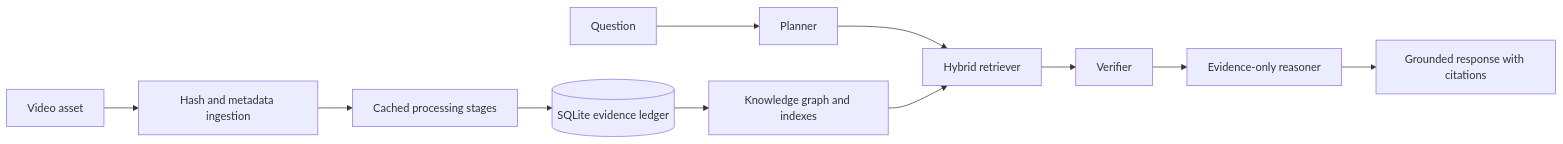
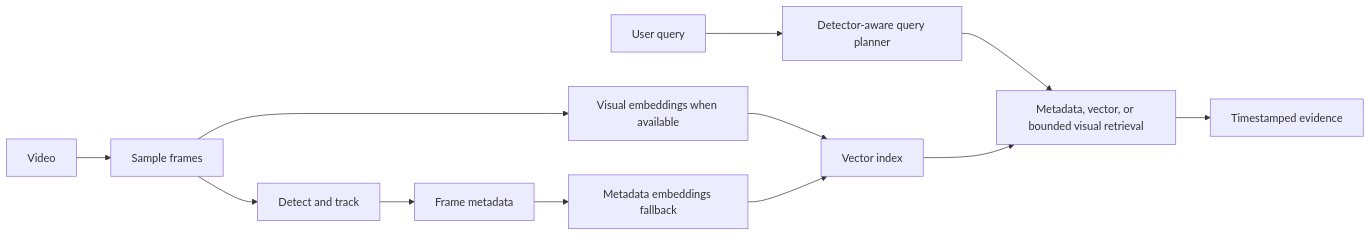
Before and after one commit to priyansupattanaik/visionguard-ai: the diagram in documentation/ARCHITECTURE.md, drawn with Mermaid. The commit also changed other lines of this file and 62 other files, not shown here.

First line of the commit message:
Simplify to single video workflow with detector-aware search.

````diff
--- a/documentation/ARCHITECTURE.md
+++ b/documentation/ARCHITECTURE.md
@@ -5,13 +5,14 @@
 ```mermaid
 flowchart LR
-  V[Video asset] --> I[Hash and metadata ingestion]
-  I --> P[Cached processing stages]
-  P --> E[(SQLite evidence ledger)]
-  E --> K[Knowledge graph and indexes]
-  Q[Question] --> PL[Planner]
-  PL --> R[Hybrid retriever]
-  K --> R
-  R --> VF[Verifier]
-  VF --> RS[Evidence-only reasoner]
-  RS --> A[Grounded response with citations]
+  V[Video] --> S[Sample frames]
+  S --> D[Detect and track]
+  D --> M[Frame metadata]
+  S --> E[Visual embeddings when available]
+  M --> F[Metadata embeddings fallback]
+  E --> I[Vector index]
+  F --> I
+  Q[User query] --> P[Detector-aware query planner]
+  P --> R[Metadata, vector, or bounded visual retrieval]
+  I --> R
+  R --> O[Timestamped evidence]
 ```
````
